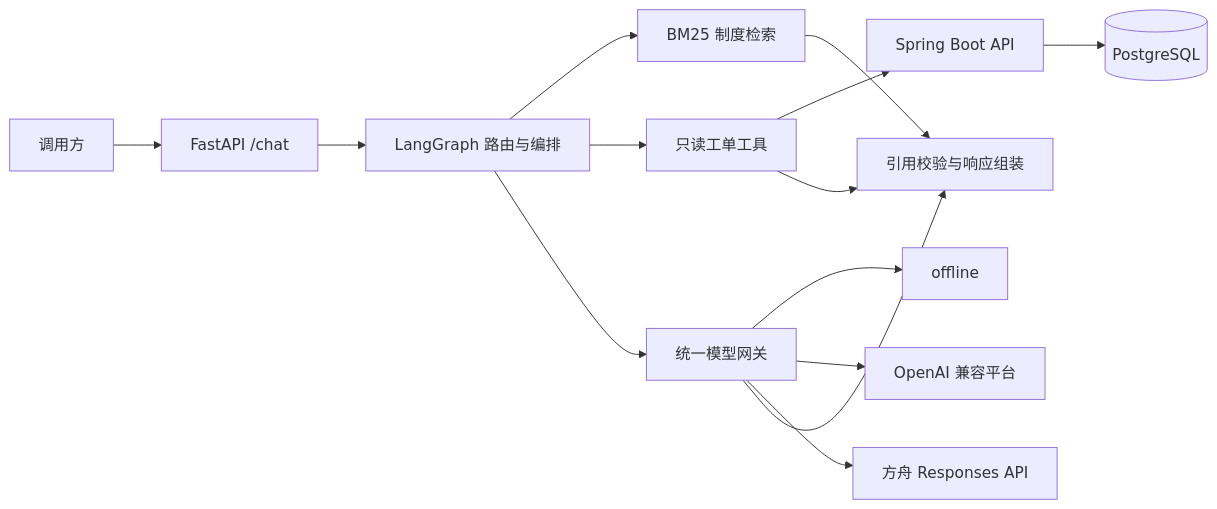
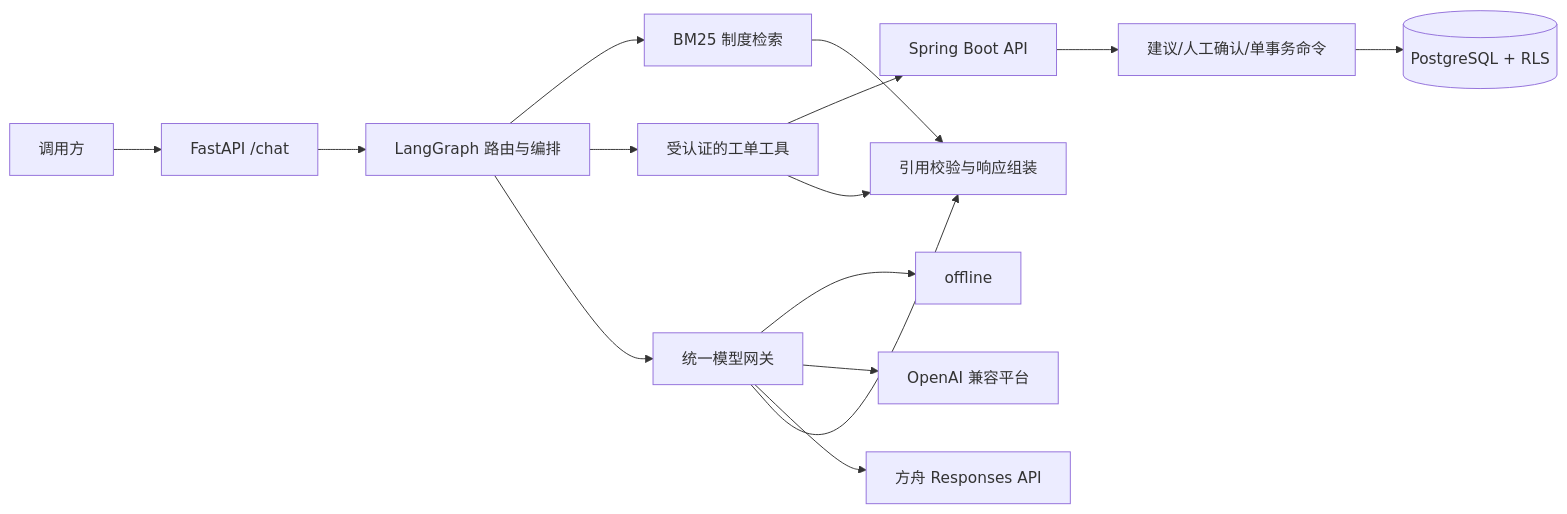
The diagram in README.md (tang119238/enterprise-work-order-ai-assistant), drawn with Mermaid before and after one commit. The commit also changed other lines of this file and 5 other files, not shown here.

````diff
--- a/README.md
+++ b/README.md
@@ -83,16 +90,17 @@
 ```mermaid
 flowchart LR
     U["调用方"] --> A["FastAPI /chat"]
     A --> G["LangGraph 路由与编排"]
     G --> R["BM25 制度检索"]
-    G --> T["只读工单工具"]
+    G --> T["受认证的工单工具"]
     T --> J["Spring Boot API"]
-    J --> P[("PostgreSQL")]
+    J --> X["建议/人工确认/单事务命令"]
+    X --> P[("PostgreSQL + RLS")]
     G --> M["统一模型网关"]
     M --> O["offline"]
     M --> C["OpenAI 兼容平台"]
     M --> K["方舟 Responses API"]
     R --> V["引用校验与响应组装"]
     T --> V
     M --> V
 ```
````
